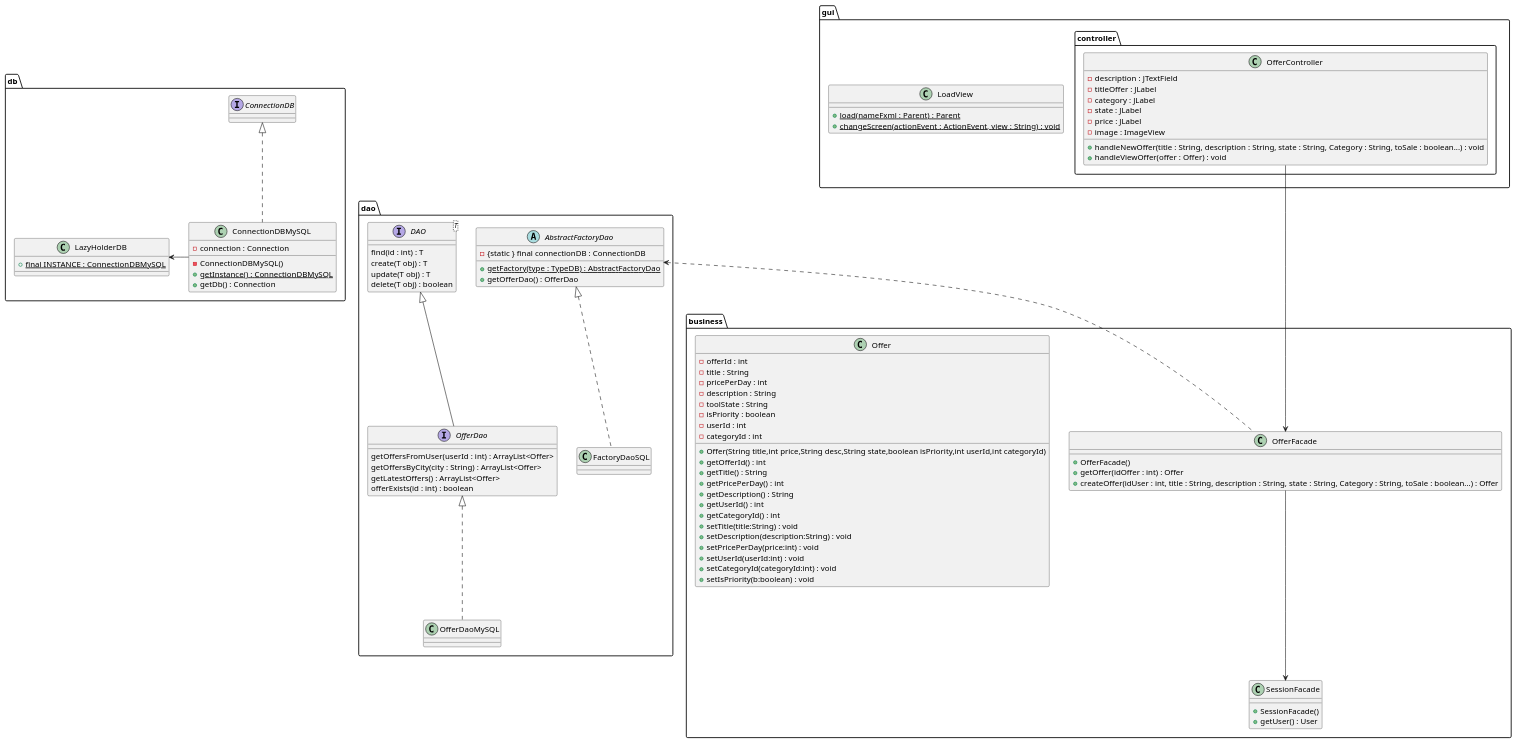
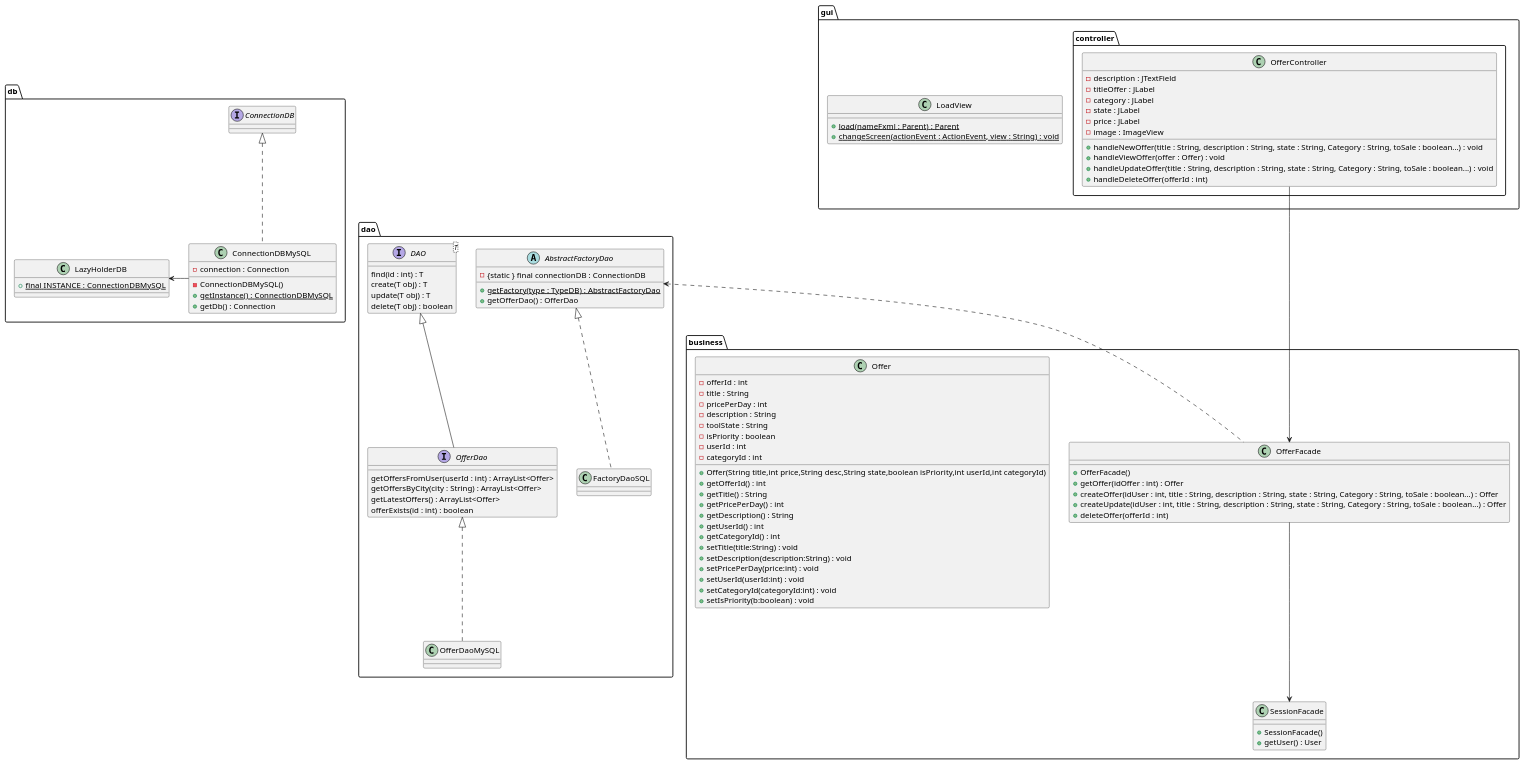
Before and after one commit to LaunoisRemy/ToolShare: the diagram in documents/diagram/offer/offerClass.puml, drawn with PlantUML.

Commit message:
UML : add method in offerClass

```diff
--- a/documents/diagram/offer/offerClass.puml
+++ b/documents/diagram/offer/offerClass.puml
@@ -1,118 +1,122 @@
 @startuml
 
 package dao {
 
 
     interface OfferDao{
         getOffersFromUser(userId : int) : ArrayList<Offer>
         getOffersByCity(city : String) : ArrayList<Offer>
         getLatestOffers() : ArrayList<Offer>
         offerExists(id : int) : boolean
     }
     class OfferDaoMySQL
     FactoryDaoSQL .up.|> AbstractFactoryDao
     OfferDaoMySQL .up.|> OfferDao
 
 
     interface DAO<T>{
         find(id : int) : T
         create(T obj) : T
         update(T obj) : T
         delete(T obj) : boolean
     }
 
     abstract AbstractFactoryDao{
         - {static } final connectionDB : ConnectionDB
         + {static} getFactory(type : TypeDB) : AbstractFactoryDao
         + getOfferDao() : OfferDao
     }
 
     class FactoryDaoSQL{
     }
 
 
     DAO <|-- OfferDao
 }
 package db{
     class ConnectionDBMySQL{
         - connection : Connection
         - ConnectionDBMySQL()
         + {static} getInstance() : ConnectionDBMySQL
         + getDb() : Connection
     }
 
     class LazyHolderDB{
         + {static} final INSTANCE : ConnectionDBMySQL
     }
     interface ConnectionDB
     ConnectionDBMySQL -Left-> LazyHolderDB
     ConnectionDBMySQL .up.|> ConnectionDB
 
 }
 package business{
     class SessionFacade{
         + SessionFacade()
         + getUser() : User
     }
 
     class Offer{
         -offerId : int
         -title : String
         -pricePerDay : int
         -description : String
         -toolState : String
         -isPriority : boolean
         -userId : int
         -categoryId : int
         + Offer(String title,int price,String desc,String state,boolean isPriority,int userId,int categoryId)
         + getOfferId() : int
         + getTitle() : String
         + getPricePerDay() : int
         + getDescription() : String
         + getUserId() : int
         + getCategoryId() : int
         + setTitle(title:String) : void
         + setDescription(description:String) : void
         + setPricePerDay(price:int) : void
         + setUserId(userId:int) : void
         + setCategoryId(categoryId:int) : void
         + setIsPriority(b:boolean) : void
     }
 
 
     class OfferFacade{
         + OfferFacade()
         + getOffer(idOffer : int) : Offer
         + createOffer(idUser : int, title : String, description : String, state : String, Category : String, toSale : boolean...) : Offer
+        + createUpdate(idUser : int, title : String, description : String, state : String, Category : String, toSale : boolean...) : Offer
+        + deleteOffer(offerId : int)
     }
 
 }
 
 package gui{
 
     class LoadView{
         + {static} load(nameFxml : Parent) : Parent
         + {static} changeScreen(actionEvent : ActionEvent, view : String) : void
     }
 
     package controller{
         class OfferController{
             - description : JTextField
             - titleOffer : JLabel
             - category : JLabel
             - state : JLabel
             - price : JLabel
             - image : ImageView
             + handleNewOffer(title : String, description : String, state : String, Category : String, toSale : boolean...) : void
             + handleViewOffer(offer : Offer) : void
+            + handleUpdateOffer(title : String, description : String, state : String, Category : String, toSale : boolean...) : void
+            + handleDeleteOffer(offerId : int)
         }
 
     }
 }
 OfferFacade <--Up- OfferController
 SessionFacade <--Up- OfferFacade
 OfferFacade .Up.> AbstractFactoryDao
 
 
 
 @enduml
```
